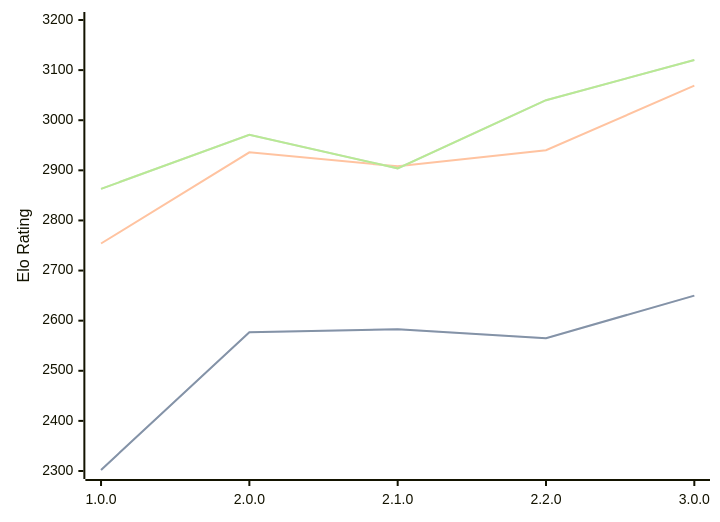
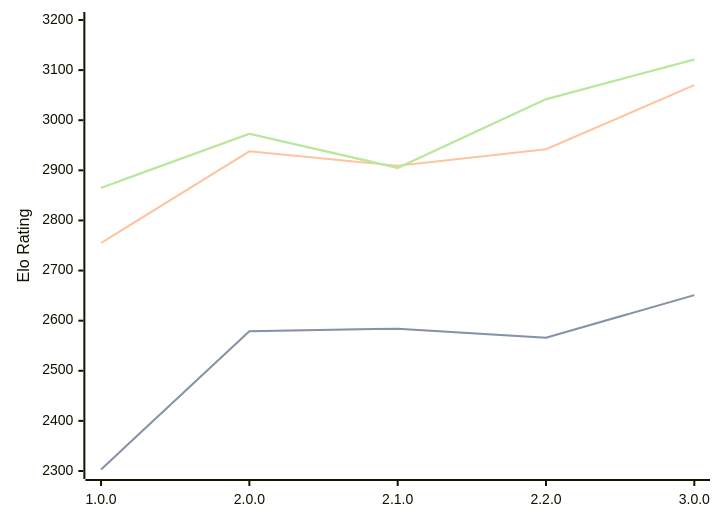
The third of 3 diagrams in engines/Catalyst.md (computer-chess-index/cci), drawn with Mermaid before and after one commit. The commit also changed other lines of this file, not shown here.

Commit message:
Update CCI Ratings (ELO VLTC) - 2026-06-30

````diff
--- a/engines/Catalyst.md
+++ b/engines/Catalyst.md
@@ -68,11 +68,11 @@
 ```mermaid
 %%{init: {"theme":"base","themeVariables":{"seriesColors:['#a3a3a3','#222221','#faa371']}}}%%
 xychart-beta
   x-axis ["1.0.0", "2.0.0", "2.1.0", "2.2.0", "3.0.0"]
   y-axis "Elo Rating" 2300 --> 3200
-  line "STC (8.0+0.08s)" [2302, 2577, 2583, 2565, 2650]
-  line "STC (8.0+0.08s)" [2302, 2577, 2583, 2565, 2650]
-  line "LTC (60.0+0.60s)" [2754, 2936, 2908, 2940, 3069]
-  line "VLTC (2m24s+1.12s)" [2863, 2971, 2904, 3040, 3120]
-  line "VLTC (2m24s+1.12s)" [2863, 2971, 2904, 3040, 3120]
+  line "STC (8.0+0.08s)" [2303, 2579, 2584, 2566, 2651]
+  line "STC (8.0+0.08s)" [2303, 2579, 2584, 2566, 2651]
+  line "LTC (60.0+0.60s)" [2755, 2938, 2909, 2942, 3070]
+  line "VLTC (2m24s+1.12s)" [2865, 2973, 2905, 3042, 3121]
+  line "VLTC (2m24s+1.12s)" [2865, 2973, 2905, 3042, 3121]
 ```
````
